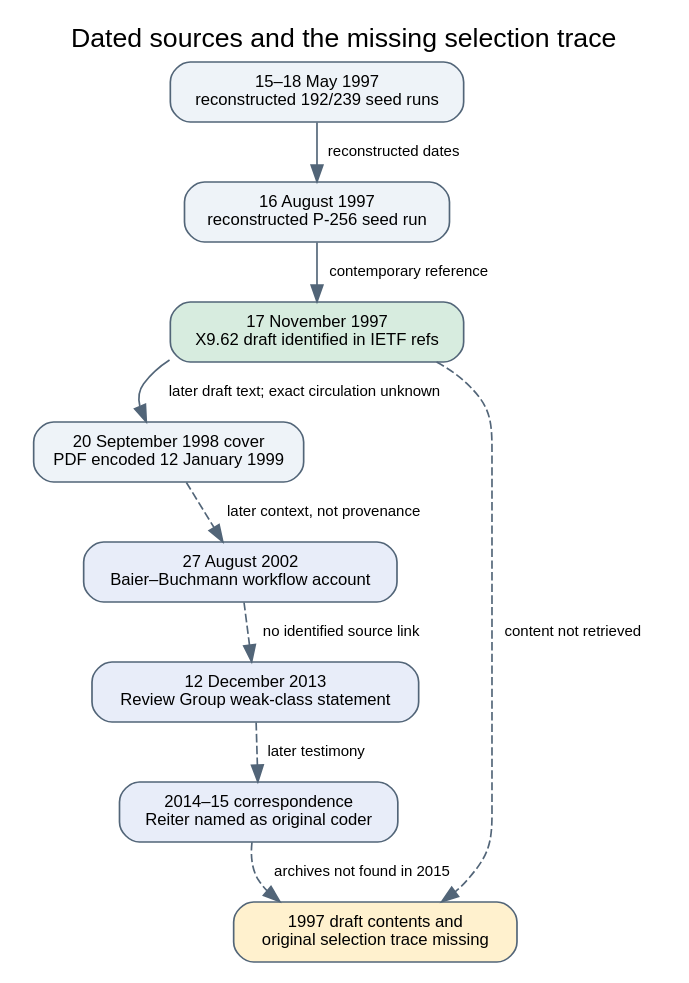
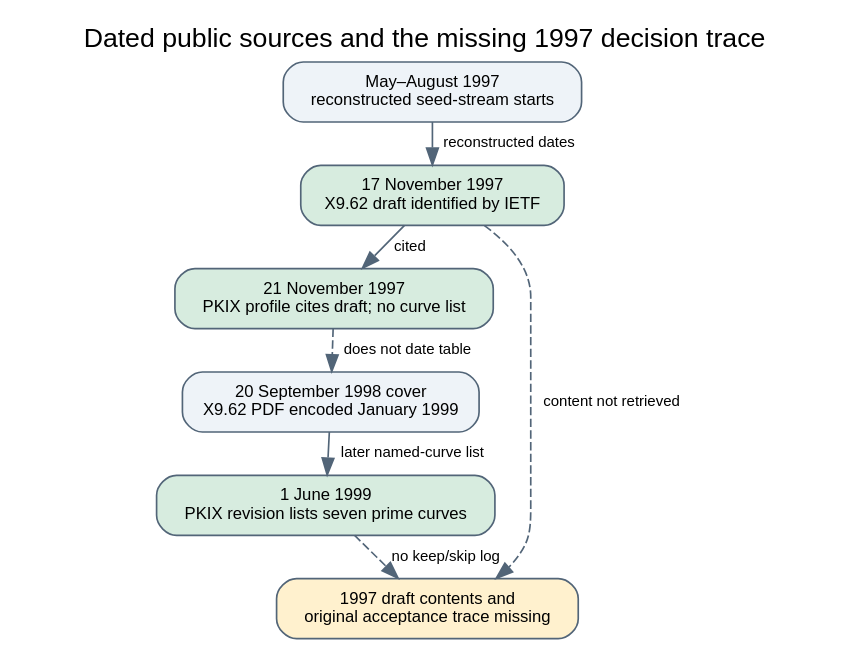
One commit to aburan28/crypto-autoresearcher changed the diagram in research/nist_seed_1997_draft_archive_20261023/timeline.dot. Above: the diagram before and after it, drawn with Graphviz. The commit also changed 6 other files, not shown here.

Commit message:
Record dated PKIX curve list boundary for NIST seed audit

```diff
--- a/research/nist_seed_1997_draft_archive_20261023/timeline.dot
+++ b/research/nist_seed_1997_draft_archive_20261023/timeline.dot
@@ -1,21 +1,17 @@
 digraph G {
-  graph [rankdir=TB, bgcolor="white", fontname="Helvetica", label="Dated sources and the missing selection trace", labelloc=t, fontsize=16, nodesep=0.28, ranksep=0.36];
+  graph [rankdir=TB, bgcolor="white", fontname="Helvetica", label="Dated public sources and the missing 1997 decision trace", labelloc=t, fontsize=16, nodesep=0.20, ranksep=0.22];
   node [shape=box, style="rounded,filled", fillcolor="#eef3f8", color="#526578", fontname="Helvetica", fontsize=10];
   edge [fontname="Helvetica", fontsize=9, color="#526578"];
-  may [label="15–18 May 1997\nreconstructed 192/239 seed runs"];
-  aug [label="16 August 1997\nreconstructed P-256 seed run"];
-  draft [label="17 November 1997\nX9.62 draft identified in IETF refs", fillcolor="#d7ecdf"];
-  final [label="20 September 1998 cover\nPDF encoded 12 January 1999"];
-  context [label="27 August 2002\nBaier–Buchmann workflow account", fillcolor="#e8edf9"];
-  review [label="12 December 2013\nReview Group weak-class statement", fillcolor="#e8edf9"];
-  letters [label="2014–15 correspondence\nReiter named as original coder", fillcolor="#e8edf9"];
-  missing [label="1997 draft contents and\noriginal selection trace missing", fillcolor="#fff1ce"];
-  may -> aug [label="reconstructed dates"];
-  aug -> draft [label="contemporary reference"];
-  draft -> final [label="later draft text; exact circulation unknown"];
-  final -> context [style=dashed, label="later context, not provenance"];
-  context -> review [style=dashed, label="no identified source link"];
-  review -> letters [style=dashed, label="later testimony"];
-  letters -> missing [style=dashed, label="archives not found in 2015"];
+  runs [label="May–August 1997\nreconstructed seed-stream starts"];
+  draft [label="17 November 1997\nX9.62 draft identified by IETF", fillcolor="#d7ecdf"];
+  pkix97 [label="21 November 1997\nPKIX profile cites draft; no curve list", fillcolor="#d7ecdf"];
+  cover [label="20 September 1998 cover\nX9.62 PDF encoded January 1999"];
+  pkix99 [label="1 June 1999\nPKIX revision lists seven prime curves", fillcolor="#d7ecdf"];
+  missing [label="1997 draft contents and\noriginal acceptance trace missing", fillcolor="#fff1ce"];
+  runs -> draft [label="reconstructed dates"];
+  draft -> pkix97 [label="cited"];
+  pkix97 -> cover [style=dashed, label="does not date table"];
+  cover -> pkix99 [label="later named-curve list"];
   draft -> missing [style=dashed, label="content not retrieved"];
+  pkix99 -> missing [style=dashed, label="no keep/skip log"];
 }
```
